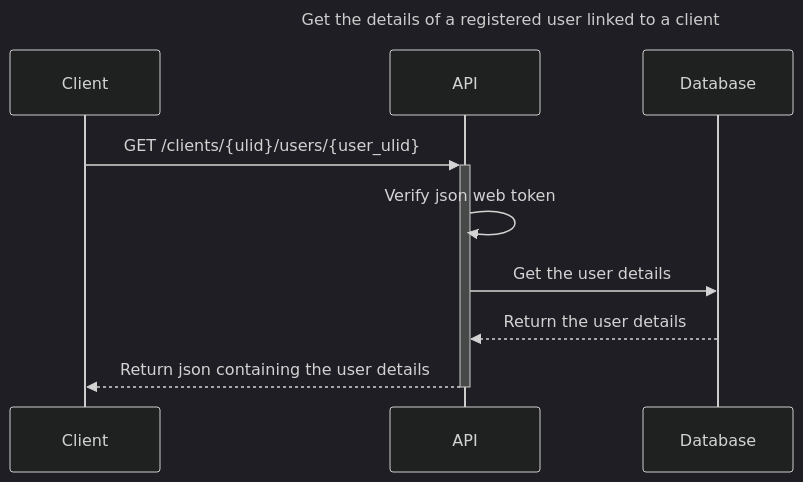
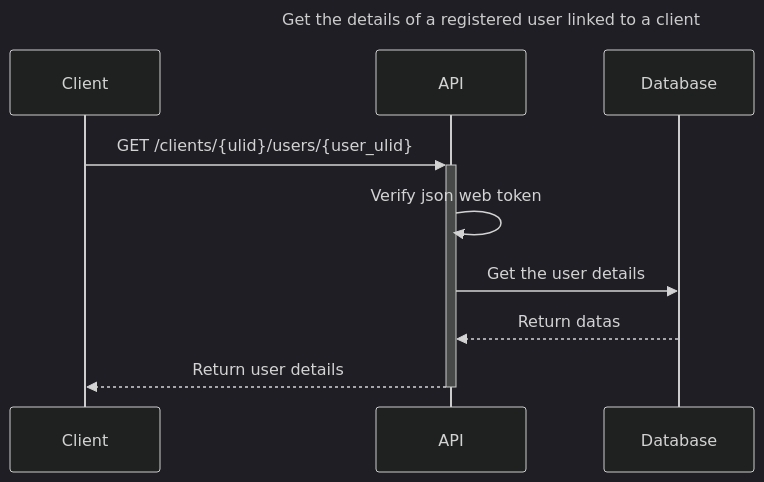
Before and after one commit to acecconato/AnthonyCecconato_7_12052023: the diagram in docs/sequence/get_user_details.md, drawn with Mermaid (dark theme). The commit also changed 3 other files, not shown here.

````diff
--- a/docs/sequence/get_user_details.md
+++ b/docs/sequence/get_user_details.md
@@ -1,14 +1,14 @@
 ```mermaid
 sequenceDiagram
 title Get the details of a registered user linked to a client
 
 Client->>+API: GET /clients/{ulid}/users/{user_ulid}
 
 
 API->>API: Verify json web token
 
 API->>Database: Get the user details
-Database-->>API: Return the user details
+Database-->>API: Return datas
 
-API-->>-Client: Return json containing the user details
+API-->>-Client: Return user details
 ```
````
